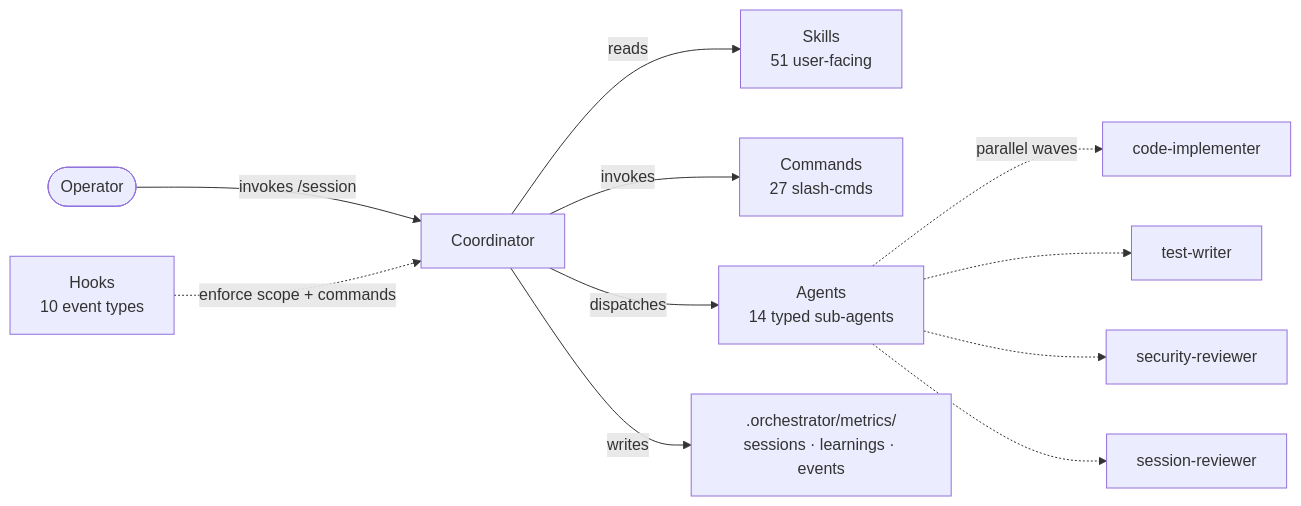
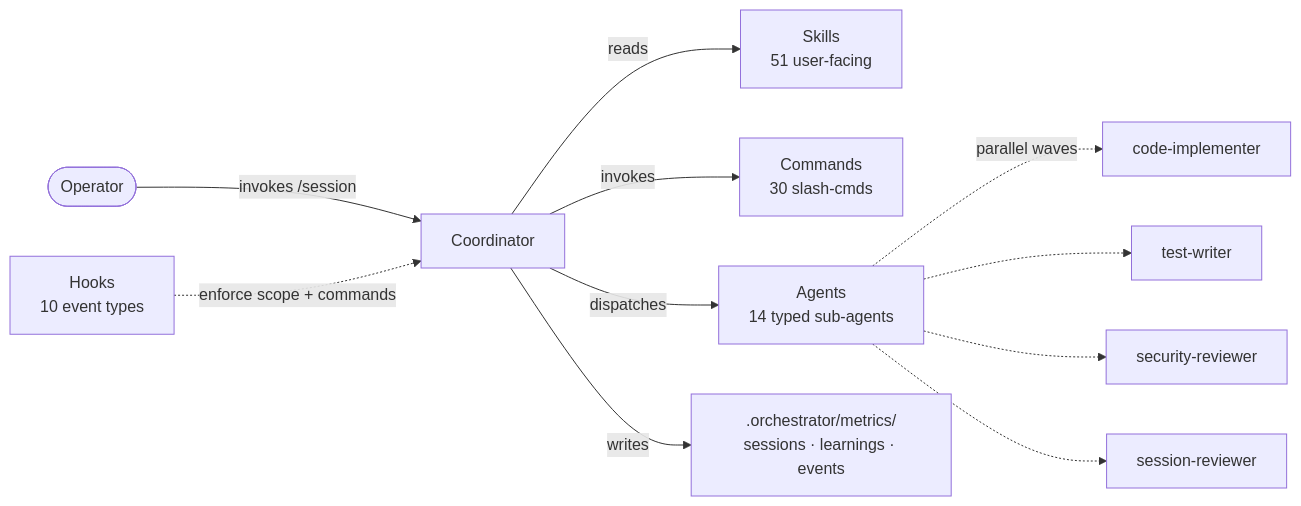
The diagram in docs/components.md (Kanevry/session-orchestrator), drawn with Mermaid before and after one commit. The commit also changed other lines of this file and 72 other files, not shown here.

````diff
--- a/docs/components.md
+++ b/docs/components.md
@@ -7,13 +7,13 @@
 ```mermaid
 flowchart LR
     USER([Operator]) -->|invokes /session| COORD[Coordinator]
     COORD -->|reads| SK[Skills<br/>51 user-facing]
-    COORD -->|invokes| CMD[Commands<br/>27 slash-cmds]
+    COORD -->|invokes| CMD[Commands<br/>30 slash-cmds]
     COORD -->|dispatches| AG[Agents<br/>14 typed sub-agents]
     AG -.->|parallel waves| W1[code-implementer]
     AG -.-> W2[test-writer]
     AG -.-> W3[security-reviewer]
     AG -.-> W4[session-reviewer]
     HOOK[Hooks<br/>10 event types] -.->|enforce scope + commands| COORD
     COORD -->|writes| METRIC[.orchestrator/metrics/<br/>sessions · learnings · events]
 ```
````
